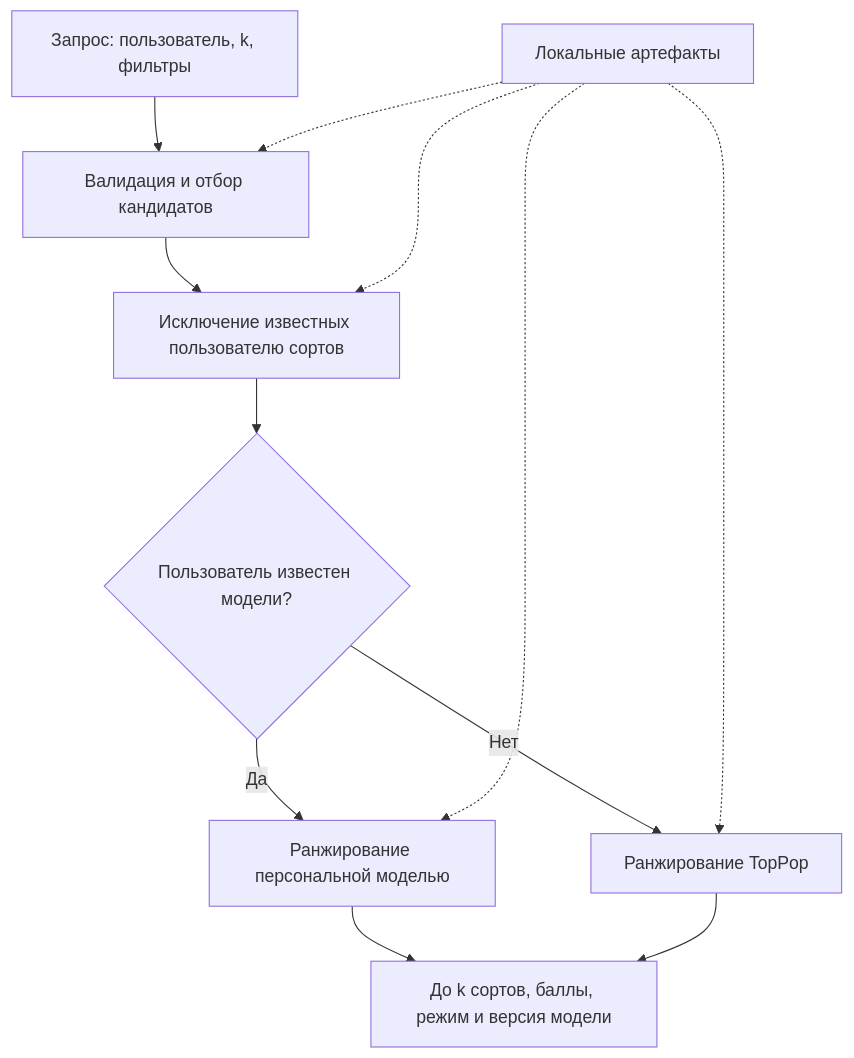
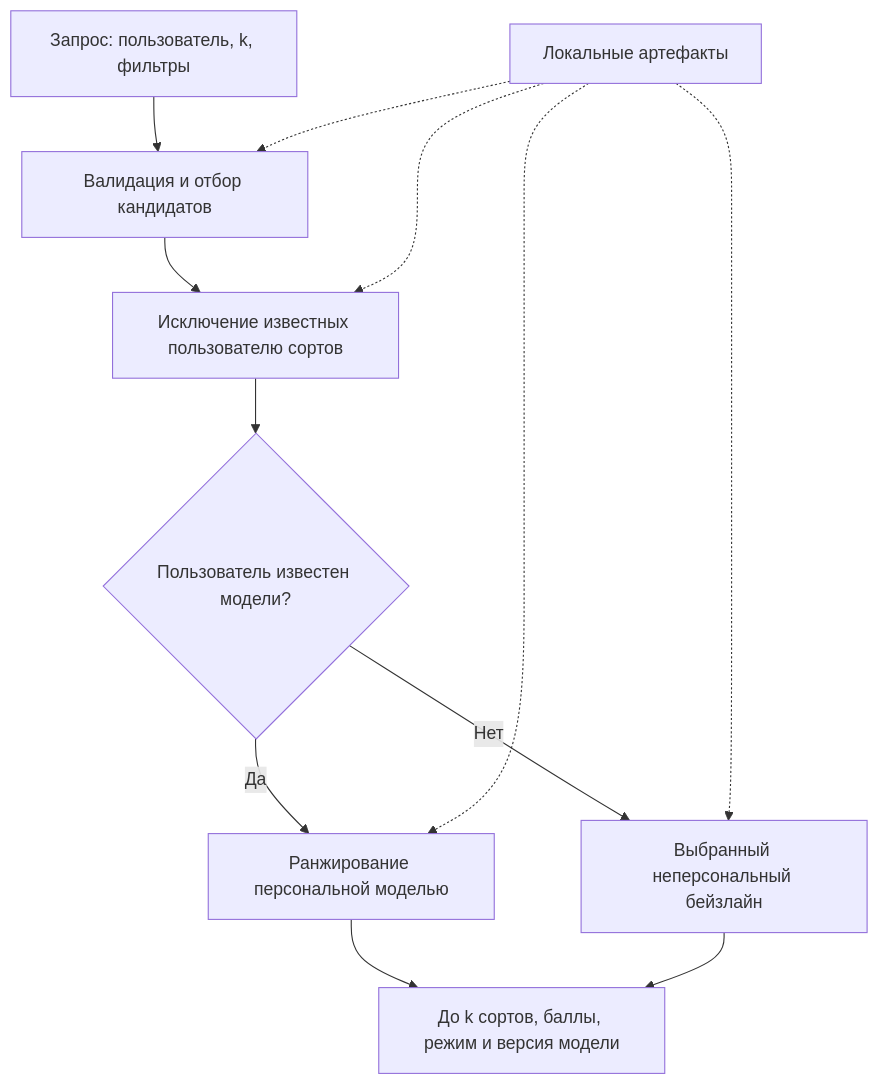
Before and after one commit to twixl0ver/beer4rec: the second of 2 diagrams in docs/ml_system_design_doc.md, drawn with Mermaid. The commit also changed other lines of this file, not shown here.

````diff
--- a/docs/ml_system_design_doc.md
+++ b/docs/ml_system_design_doc.md
@@ -153,14 +165,14 @@
 ```mermaid
 flowchart TD
     A[Запрос: пользователь, k, фильтры] --> B[Валидация и отбор кандидатов]
     B --> C[Исключение известных пользователю сортов]
     C --> D{Пользователь известен модели?}
     D -->|Да| E[Ранжирование персональной моделью]
-    D -->|Нет| F[Ранжирование TopPop]
+    D -->|Нет| F[Выбранный неперсональный бейзлайн]
     E --> G[До k сортов, баллы, режим и версия модели]
     F --> G
     H[Локальные артефакты] -.-> B
     H -.-> C
     H -.-> E
     H -.-> F
 ```
````
